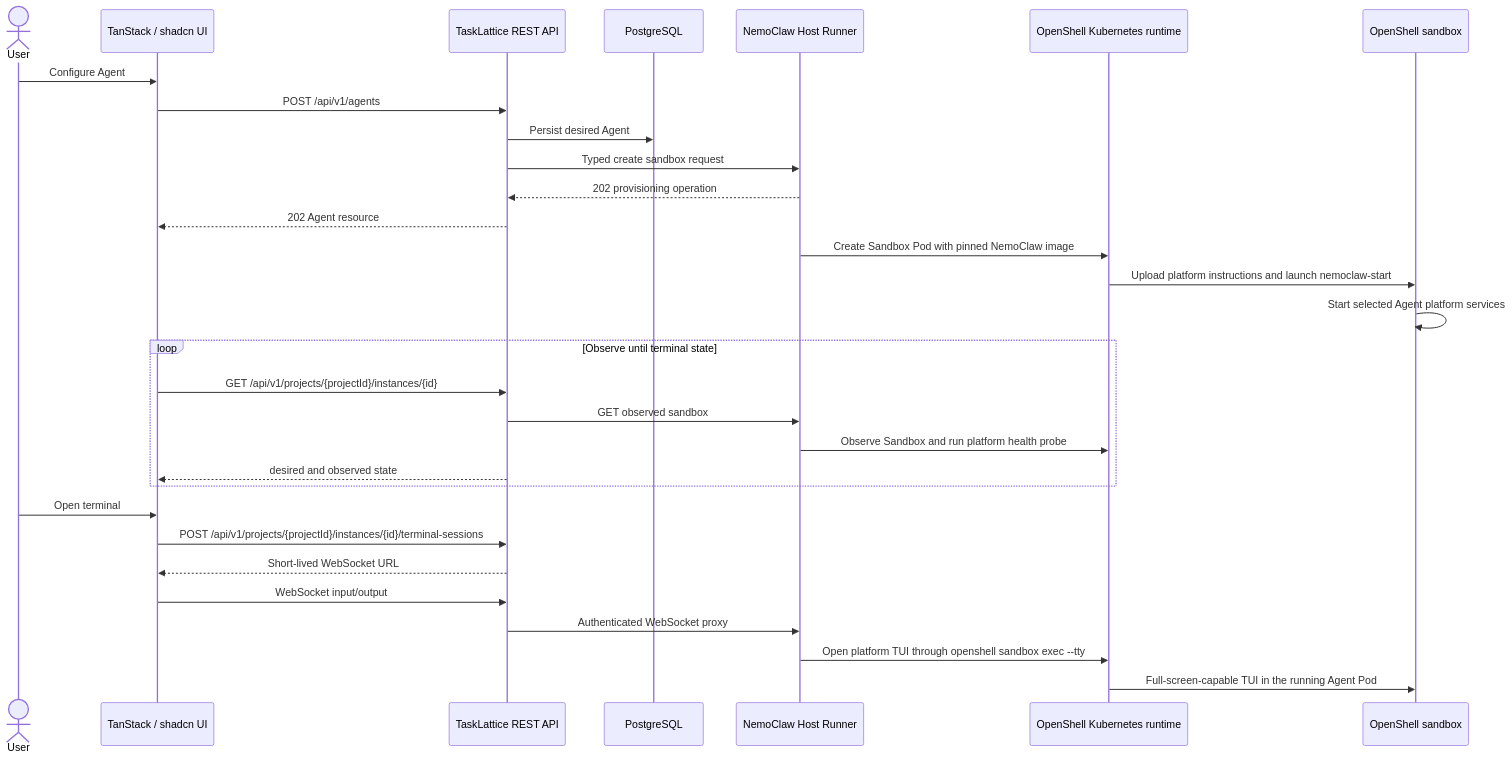
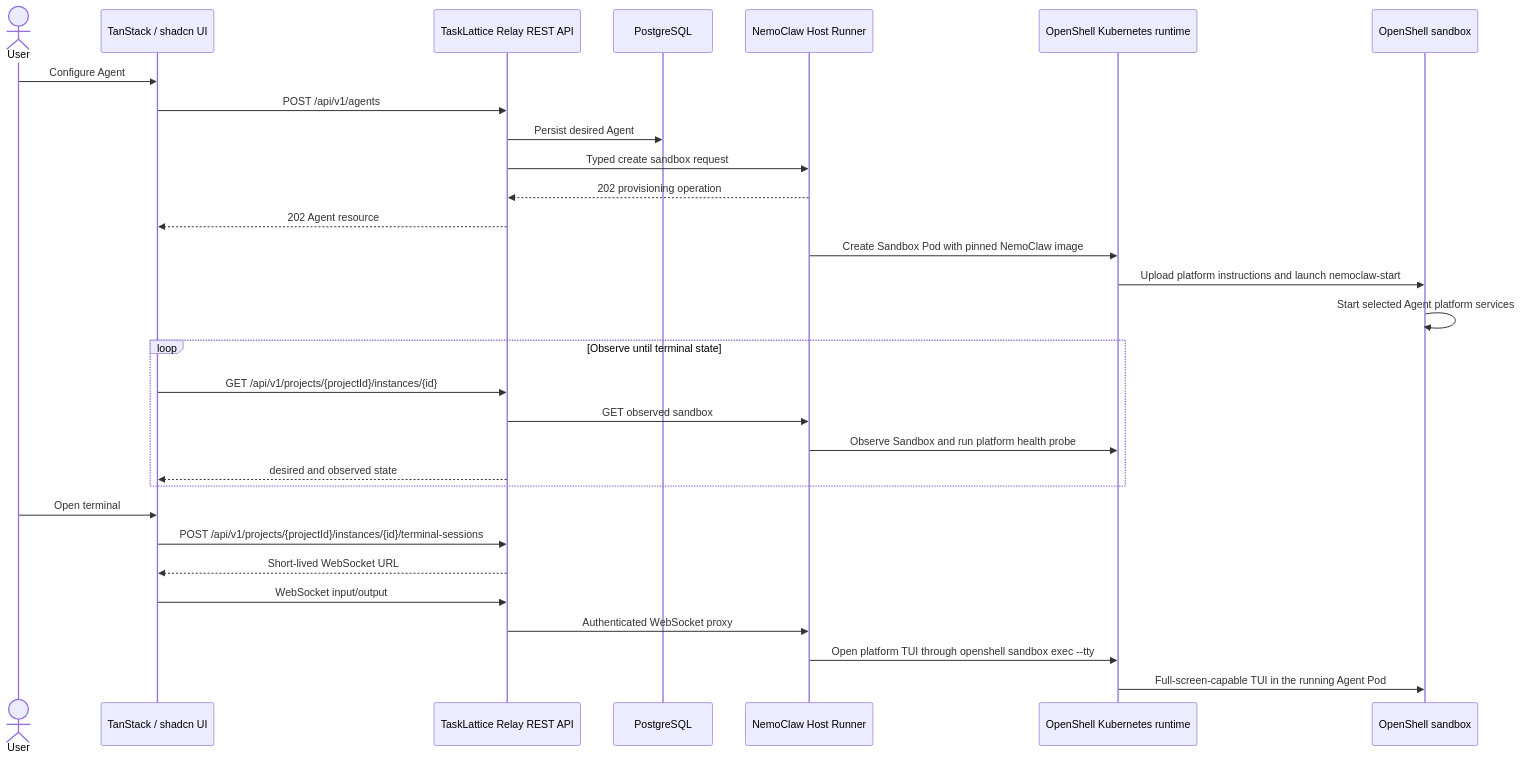
The second of 2 diagrams in docs/mvp-core-flow.md (feng2009-hub/tasklattice-relay), drawn with Mermaid before and after one commit. The commit also changed other lines of this file and 285 other files, not shown here.

Commit message:
chore: establish TaskLattice Relay organization repository

````diff
--- a/docs/mvp-core-flow.md
+++ b/docs/mvp-core-flow.md
@@ -34,33 +34,33 @@
 ```mermaid
 sequenceDiagram
     actor User
     participant UI as TanStack / shadcn UI
-    participant API as TaskLattice REST API
+    participant API as TaskLattice Relay REST API
     participant DB as PostgreSQL
     participant Runner as NemoClaw Host Runner
     participant OS as OpenShell Kubernetes runtime
     participant SB as OpenShell sandbox
 
     User->>UI: Configure Agent
     UI->>API: POST /api/v1/agents
     API->>DB: Persist desired Agent
     API->>Runner: Typed create sandbox request
     Runner-->>API: 202 provisioning operation
     API-->>UI: 202 Agent resource
     Runner->>OS: Create Sandbox Pod with pinned NemoClaw image
     OS->>SB: Upload platform instructions and launch nemoclaw-start
     SB->>SB: Start selected Agent platform services
     loop Observe until terminal state
         UI->>API: GET /api/v1/projects/{projectId}/instances/{id}
         API->>Runner: GET observed sandbox
         Runner->>OS: Observe Sandbox and run platform health probe
         API-->>UI: desired and observed state
     end
     User->>UI: Open terminal
     UI->>API: POST /api/v1/projects/{projectId}/instances/{id}/terminal-sessions
     API-->>UI: Short-lived WebSocket URL
     UI->>API: WebSocket input/output
     API->>Runner: Authenticated WebSocket proxy
     Runner->>OS: Open platform TUI through openshell sandbox exec --tty
     OS->>SB: Full-screen-capable TUI in the running Agent Pod
 ```
````
